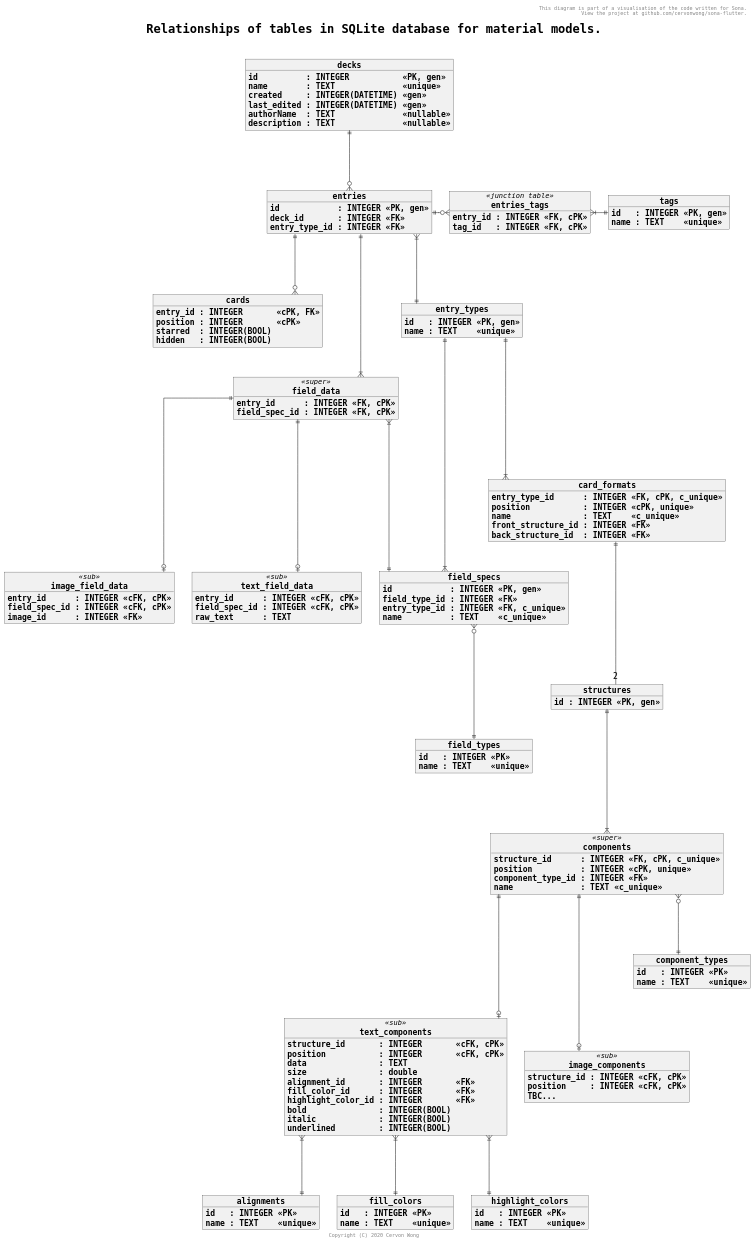
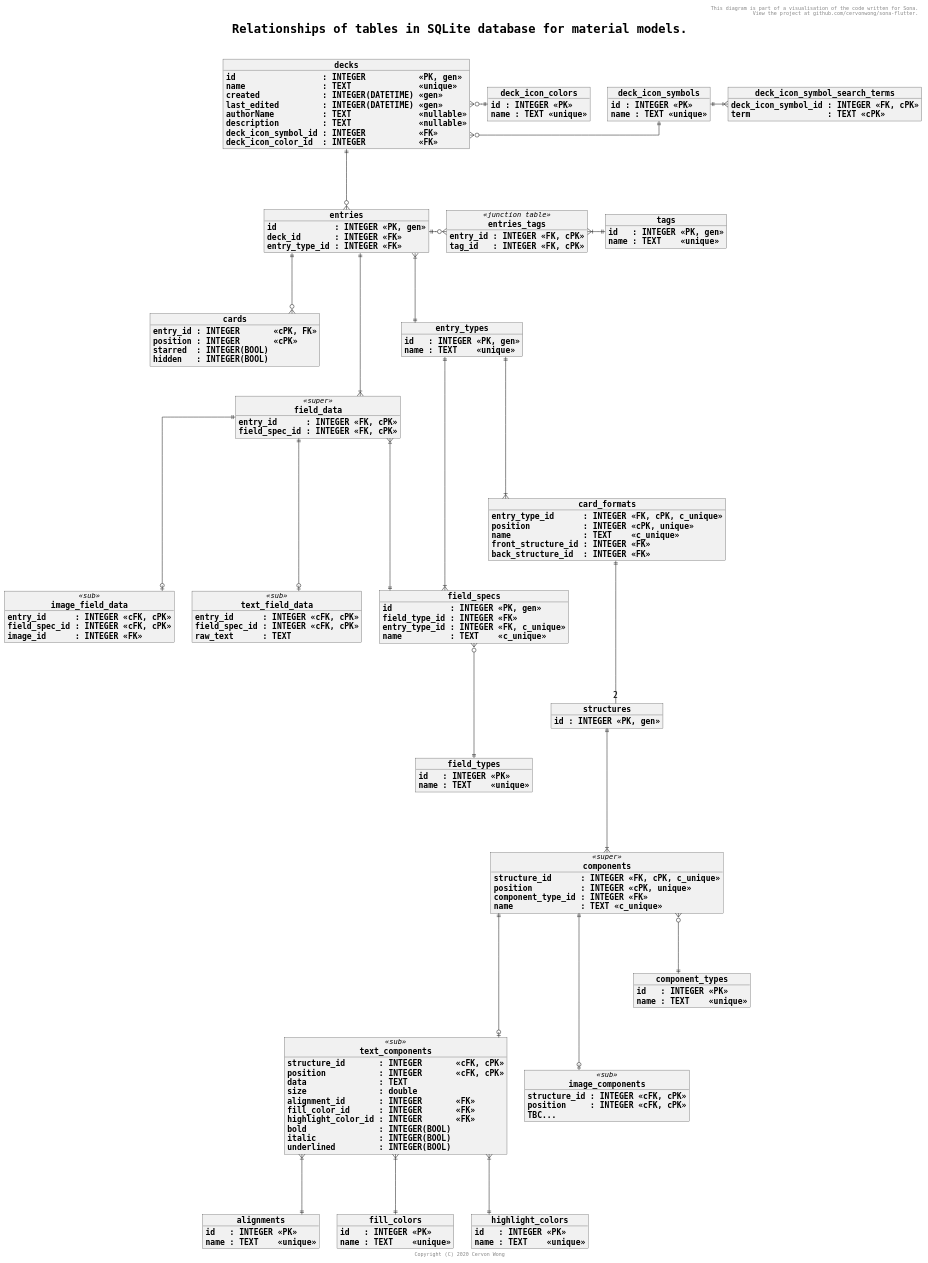
One commit to cervonwong/sona-flutter changed the diagram in puml/material_database.puml. Above: the diagram before and after it, drawn with PlantUML. The commit also changed 3 other files, not shown here.

Commit message:
Docs(puml): Update diagrams for new deck icon implementation

```diff
--- a/puml/material_database.puml
+++ b/puml/material_database.puml
@@ -1,163 +1,183 @@
 @startuml
 
 skinparam wrapWidth 1000
 skinparam defaultFontName Monospaced
 skinparam defaultFontSize 16
 skinparam objectStereotypeFontSize 14
 skinparam titleFontSize 24
 skinparam titleFontStyle bold
 skinparam objectFontStyle bold
 skinparam linetype ortho
 skinparam shadowing false
 
 header This diagram is part of a visualisation of the code written for Sona.\n View the project at github.com/cervonwong/sona-flutter.
 title Relationships of tables in SQLite database for material models.\n
 footer Copyright (C) 2020 Cervon Wong
 
 object decks {
-	id          : INTEGER           <<PK, gen>>
-	name        : TEXT              <<unique>>
-	created     : INTEGER(DATETIME) <<gen>>
-	last_edited : INTEGER(DATETIME) <<gen>>
-	authorName  : TEXT              <<nullable>>
-	description : TEXT              <<nullable>>
+	id                  : INTEGER           <<PK, gen>>
+	name                : TEXT              <<unique>>
+	created             : INTEGER(DATETIME) <<gen>>
+	last_edited         : INTEGER(DATETIME) <<gen>>
+	authorName          : TEXT              <<nullable>>
+	description         : TEXT              <<nullable>>
+	deck_icon_symbol_id : INTEGER           <<FK>>
+	deck_icon_color_id  : INTEGER           <<FK>>
+}
+
+object deck_icon_symbols {
+	id : INTEGER <<PK>>
+	name : TEXT <<unique>>
+}
+
+object deck_icon_colors {
+	id : INTEGER <<PK>>
+	name : TEXT <<unique>>
+}
+
+object deck_icon_symbol_search_terms {
+	deck_icon_symbol_id : INTEGER <<FK, cPK>>
+	term                : TEXT <<cPK>>
 }
 
 object entries {
 	id            : INTEGER <<PK, gen>>
 	deck_id       : INTEGER <<FK>>
 	entry_type_id : INTEGER <<FK>>
 }
 
 object cards {
 	entry_id : INTEGER       <<cPK, FK>>
 	position : INTEGER       <<cPK>>
 	starred  : INTEGER(BOOL)
 	hidden   : INTEGER(BOOL)
 }
 
 object tags {
 	id   : INTEGER <<PK, gen>>
 	name : TEXT    <<unique>>
 }
 
 object entries_tags <<junction table>> {
 	entry_id : INTEGER <<FK, cPK>>
 	tag_id   : INTEGER <<FK, cPK>>
 }
 
 object field_specs {
 	id            : INTEGER <<PK, gen>>
 	field_type_id : INTEGER <<FK>>
 	entry_type_id : INTEGER <<FK, c_unique>>
 	name          : TEXT    <<c_unique>>
 }
 
 object field_types {
 	id   : INTEGER <<PK>>
 	name : TEXT    <<unique>>
 }
 
 object field_data <<super>> {
 	entry_id      : INTEGER <<FK, cPK>>
     field_spec_id : INTEGER <<FK, cPK>>
     ' Get field_type_id from field_specs table.
 }
 
 object text_field_data <<sub>> {
 	entry_id      : INTEGER <<cFK, cPK>>
     field_spec_id : INTEGER <<cFK, cPK>>
 	raw_text      : TEXT
 }
 
 object image_field_data <<sub>> {
 	entry_id      : INTEGER <<cFK, cPK>>
     field_spec_id : INTEGER <<cFK, cPK>>
 	image_id      : INTEGER <<FK>>
 }
 
 object entry_types {
 	id   : INTEGER <<PK, gen>>
 	name : TEXT    <<unique>>
 }
 
 object card_formats {
 	entry_type_id      : INTEGER <<FK, cPK, c_unique>>
 	position           : INTEGER <<cPK, unique>>
 	name               : TEXT    <<c_unique>>
 	front_structure_id : INTEGER <<FK>>
 	back_structure_id  : INTEGER <<FK>>
 }
 
 object structures {
 	id : INTEGER <<PK, gen>>
 }
 
 object components <<super>> {
 	structure_id      : INTEGER <<FK, cPK, c_unique>>
 	position          : INTEGER <<cPK, unique>>
 	component_type_id : INTEGER <<FK>>
 	name              : TEXT <<c_unique>>
 }
 
 object text_components <<sub>> {
 	structure_id       : INTEGER       <<cFK, cPK>>
 	position           : INTEGER       <<cFK, cPK>>
 	data               : TEXT
 	size               : double
 	alignment_id       : INTEGER       <<FK>>
 	fill_color_id      : INTEGER       <<FK>>
 	highlight_color_id : INTEGER       <<FK>>
 	bold               : INTEGER(BOOL)
 	italic             : INTEGER(BOOL)
 	underlined         : INTEGER(BOOL)
 }
 
 object alignments {
 	id   : INTEGER <<PK>>
 	name : TEXT    <<unique>>
 }
 
 object fill_colors {
 	id   : INTEGER <<PK>>
 	name : TEXT    <<unique>>
 }
 
 object highlight_colors {
 	id   : INTEGER <<PK>>
 	name : TEXT    <<unique>>
 }
 
 object image_components <<sub>> {
 	structure_id : INTEGER <<cFK, cPK>>
     position     : INTEGER <<cFK, cPK>>
     TBC...
 }
 
 object component_types {
 	id   : INTEGER <<PK>>
 	name : TEXT    <<unique>>
 }
 
-decks           ||---o{    entries
-entries         ||---o{    cards
-entries         ||-o{      entries_tags : \t
-entries_tags    }|-||      tags : \t
-field_specs     }o----||   field_types
-field_data      ||----o|   text_field_data
-field_data      ||----o|   image_field_data
-field_data      }|----||   field_specs
-entries         ||----|{   field_data
-entries         }|---||    entry_types
-entry_types     ||----|{   field_specs
-entry_types     ||----|{   card_formats
-card_formats    ||---- "2" structures
-structures      ||----|{   components
-components      }o---||    component_types
-components      ||----o|   text_components
-components      ||----o|   image_components
-text_components }|---||    alignments
-text_components }|---||    fill_colors
-text_components }|---||    highlight_colors
+decks             }o-||      deck_icon_symbols
+decks             }o-||      deck_icon_colors
+deck_icon_symbols ||-|{ deck_icon_symbol_search_terms
+decks             ||---o{    entries
+entries           ||---o{    cards
+entries           ||-o{      entries_tags : \t
+entries_tags      }|-||      tags : \t
+field_specs       }o----||   field_types
+field_data        ||----o|   text_field_data
+field_data        ||----o|   image_field_data
+field_data        }|----||   field_specs
+entries           ||----|{   field_data
+entries           }|---||    entry_types
+entry_types       ||----|{   field_specs
+entry_types       ||----|{   card_formats
+card_formats      ||---- "2" structures
+structures        ||----|{   components
+components        }o---||    component_types
+components        ||----o|   text_components
+components        ||----o|   image_components
+text_components   }|---||    alignments
+text_components   }|---||    fill_colors
+text_components   }|---||    highlight_colors
 
 @enduml
```
